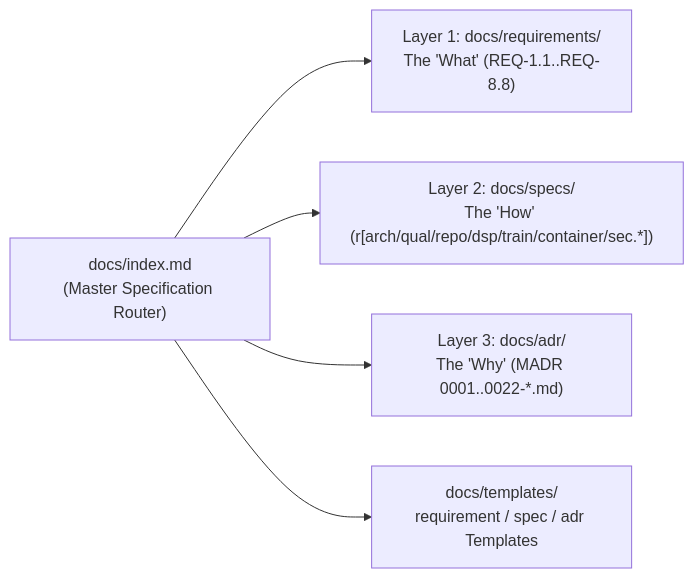
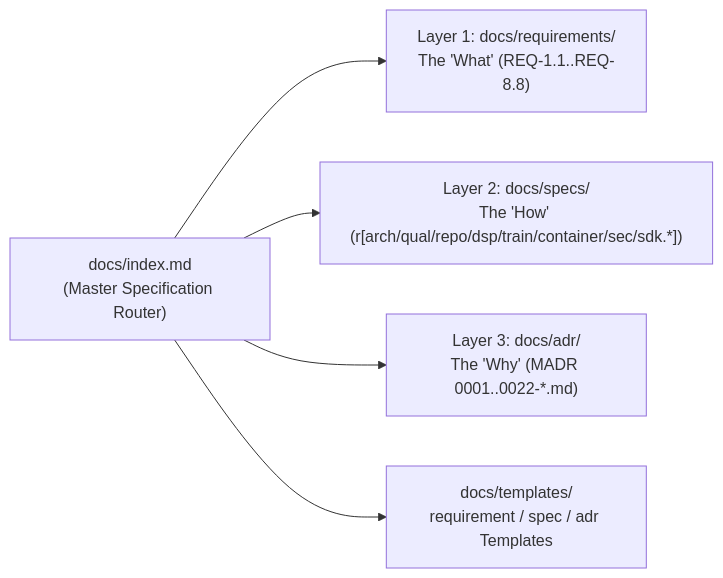
One commit to mokugen/dnam changed the diagram in docs/CONTRIBUTING.md. Above: the diagram before and after it, drawn with Mermaid. The commit also changed other lines of this file and 262 other files, not shown here.

````diff
--- a/docs/CONTRIBUTING.md
+++ b/docs/CONTRIBUTING.md
@@ -25,7 +25,7 @@
 ```mermaid
 flowchart LR
     Idx["docs/index.md<br/>(Master Specification Router)"] --> L1["Layer 1: docs/requirements/<br/>The 'What' (REQ-1.1..REQ-8.8)"]
-    Idx --> L2["Layer 2: docs/specs/<br/>The 'How' (r[arch/qual/repo/dsp/train/container/sec.*])"]
+    Idx --> L2["Layer 2: docs/specs/<br/>The 'How' (r[arch/qual/repo/dsp/train/container/sec/sdk.*])"]
     Idx --> L3["Layer 3: docs/adr/<br/>The 'Why' (MADR 0001..0022-*.md)"]
     Idx --> Tmpl["docs/templates/<br/>requirement / spec / adr Templates"]
 ```
````
